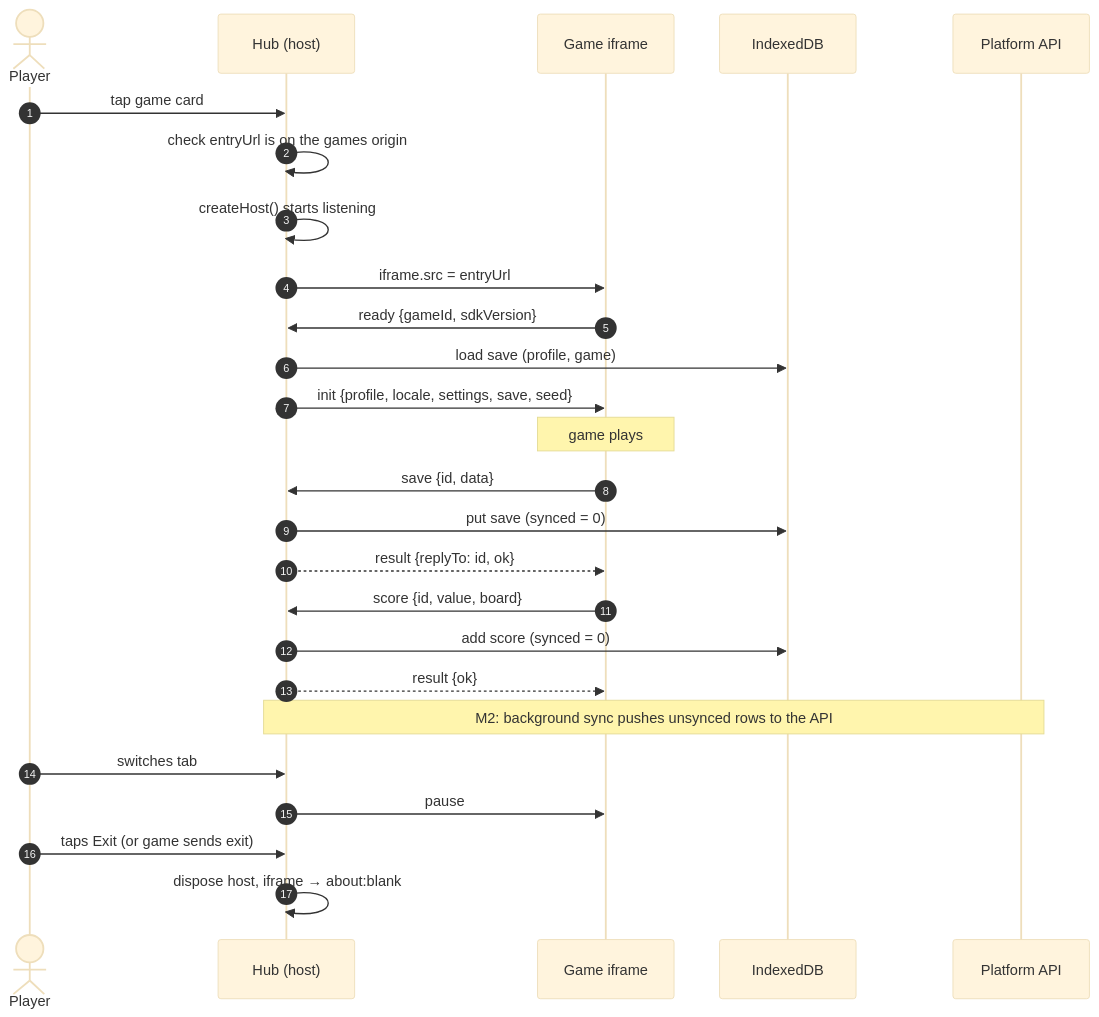
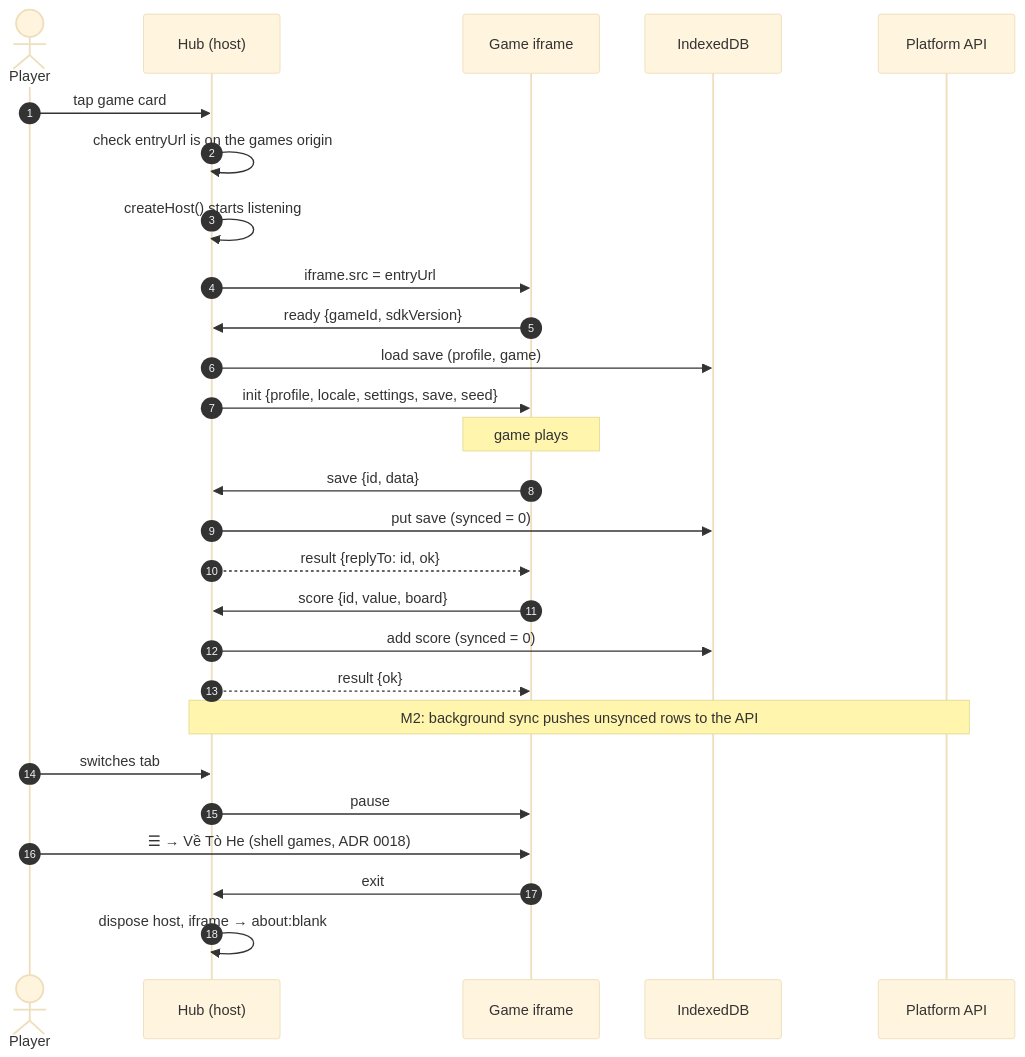
Before and after one commit to vinh466/tohe-play: the diagram in docs/architecture/game-launch-flow.md, drawn with Mermaid (base theme). The commit also changed 56 other files, not shown here.

````diff
--- a/docs/architecture/game-launch-flow.md
+++ b/docs/architecture/game-launch-flow.md
@@ -8,29 +8,30 @@
 ```mermaid
 sequenceDiagram
   autonumber
   actor P as Player
   participant H as Hub (host)
   participant G as Game iframe
   participant L as IndexedDB
   participant A as Platform API
 
   P->>H: tap game card
   H->>H: check entryUrl is on the games origin
   H->>H: createHost() starts listening
   H->>G: iframe.src = entryUrl
   G->>H: ready {gameId, sdkVersion}
   H->>L: load save (profile, game)
   H->>G: init {profile, locale, settings, save, seed}
   Note over G: game plays
   G->>H: save {id, data}
   H->>L: put save (synced = 0)
   H-->>G: result {replyTo: id, ok}
   G->>H: score {id, value, board}
   H->>L: add score (synced = 0)
   H-->>G: result {ok}
   Note over H,A: M2: background sync pushes unsynced rows to the API
   P->>H: switches tab
   H->>G: pause
-  P->>H: taps Exit (or game sends exit)
+  P->>G: ☰ → Về Tò He (shell games, ADR 0018)
+  G->>H: exit
   H->>H: dispose host, iframe → about:blank
 ```
````
